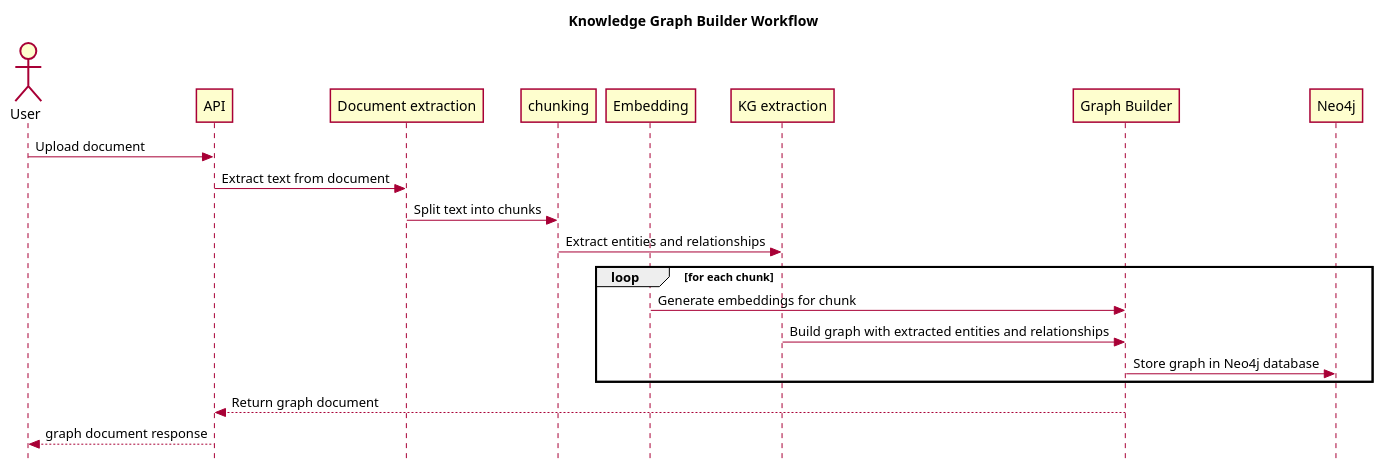
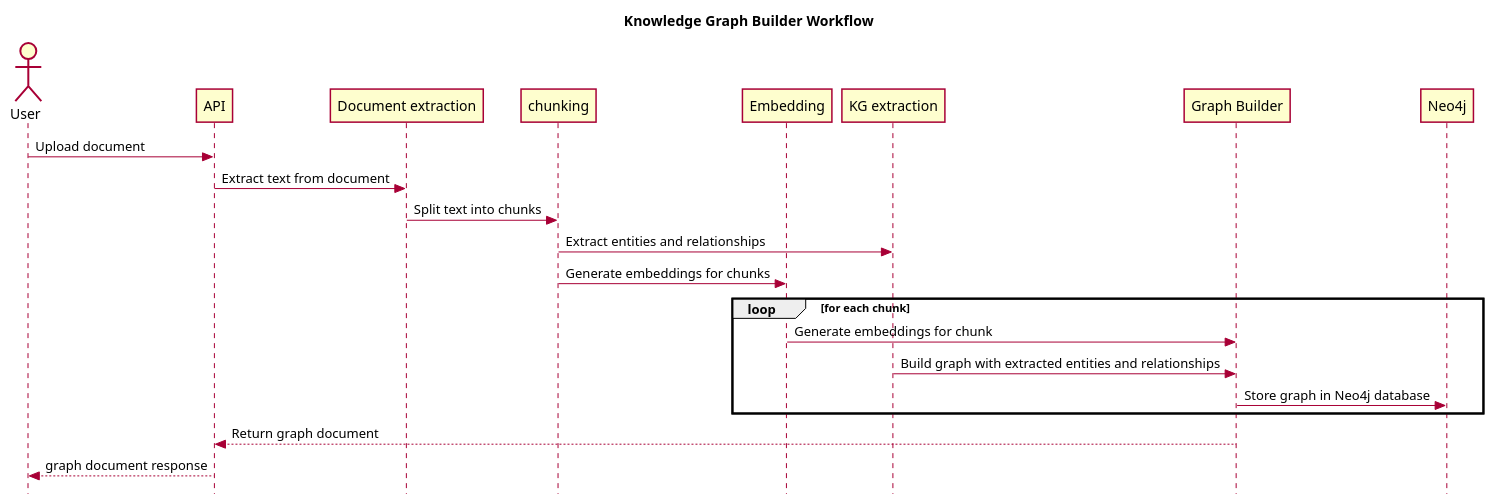
One commit to dbudi/graph-rag changed the diagram in knowledge_graph_builder.plantuml. Above: the diagram before and after it, drawn with PlantUML. The commit also changed 14 other files, not shown here.

Commit message:
- refactor build knowledge graph to support multi tenants - hybrid search (vector + graph)

```diff
--- a/knowledge_graph_builder.plantuml
+++ b/knowledge_graph_builder.plantuml
@@ -1,28 +1,29 @@
 @startuml Knowledge Graph Builder Workflow
 
 skin rose
 skinparam Style strictuml
 title Knowledge Graph Builder Workflow
 
 actor User
 participant "API" as API
 participant "Document extraction" as DocumentExtraction
 participant "chunking" as Chunking
 participant "Embedding" as Embedding
 participant "KG extraction" as KGExtraction
 participant "Graph Builder" as GraphBuilder
 participant "Neo4j" as Neo4j
 
 User -> API: Upload document
 API -> DocumentExtraction: Extract text from document
 DocumentExtraction -> Chunking: Split text into chunks
 Chunking -> KGExtraction: Extract entities and relationships
+Chunking -> Embedding: Generate embeddings for chunks
 loop for each chunk
     Embedding -> GraphBuilder: Generate embeddings for chunk
     KGExtraction -> GraphBuilder: Build graph with extracted entities and relationships
     GraphBuilder -> Neo4j: Store graph in Neo4j database
 end
 GraphBuilder --> API: Return graph document
 API --> User: graph document response
 
 @enduml
```
